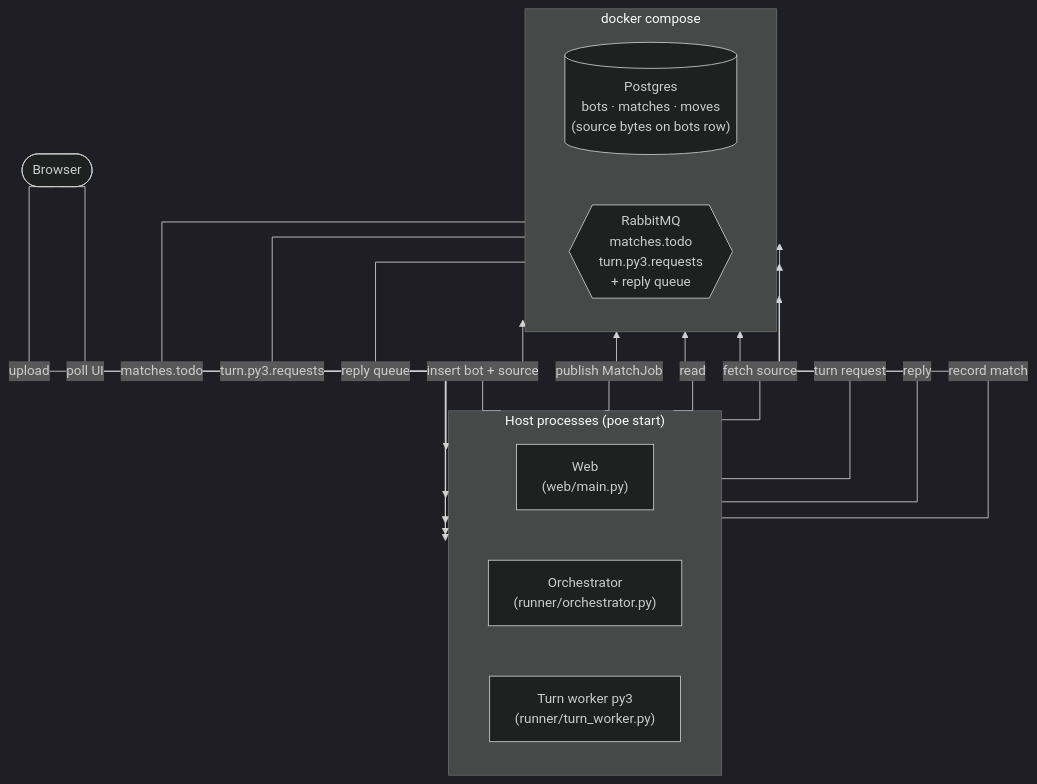
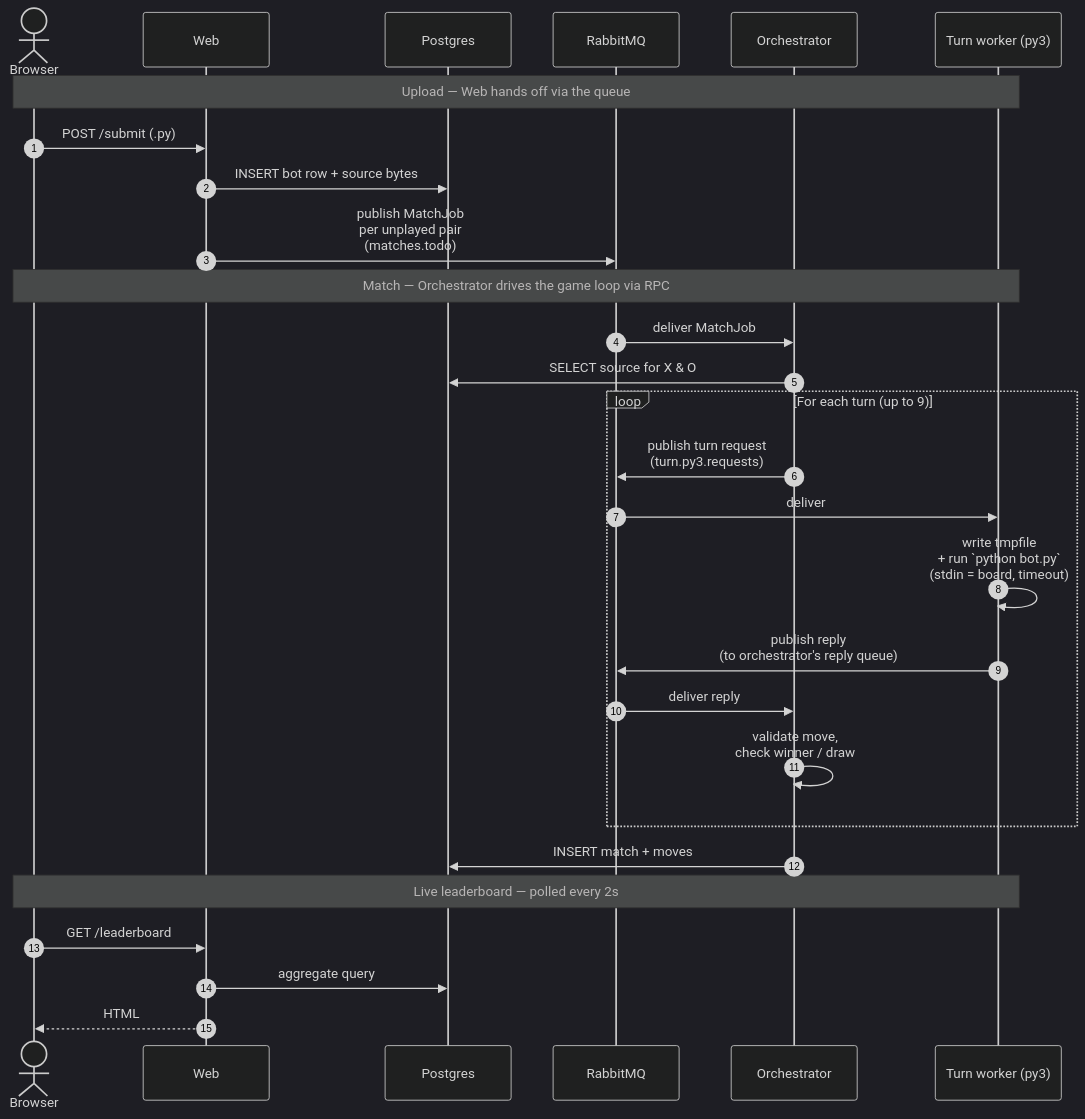
One commit to pyowa/june-2026-tictactoe-bots changed the diagram in README.md. Above: the diagram before and after it, drawn with Mermaid (dark theme). The commit also changed other lines of this file, not shown here.

Commit message:
update graph

````diff
--- a/README.md
+++ b/README.md
@@ -115,33 +119,35 @@
 ```mermaid
-%%{init: {'flowchart': {'curve': 'stepAfter', 'nodeSpacing': 60, 'rankSpacing': 70}}}%%
-flowchart TD
-    Browser([Browser])
+sequenceDiagram
+    autonumber
+    actor Browser
+    participant Web
+    participant DB as Postgres
+    participant RMQ as RabbitMQ
+    participant Orch as Orchestrator
+    participant Worker as Turn worker (py3)
 
-    subgraph host["Host processes (poe start)"]
-        direction LR
-        Web["Web<br/>(web/main.py)"]
-        Orch["Orchestrator<br/>(runner/orchestrator.py)"]
-        Worker["Turn worker py3<br/>(runner/turn_worker.py)"]
+    Note over Browser,Worker: Upload — Web hands off via the queue
+    Browser->>Web: POST /submit (.py)
+    Web->>DB: INSERT bot row + source bytes
+    Web->>RMQ: publish MatchJob<br/>per unplayed pair<br/>(matches.todo)
+
+    Note over Browser,Worker: Match — Orchestrator drives the game loop via RPC
+    RMQ->>Orch: deliver MatchJob
+    Orch->>DB: SELECT source for X & O
+
+    loop For each turn (up to 9)
+        Orch->>RMQ: publish turn request<br/>(turn.py3.requests)
+        RMQ->>Worker: deliver
+        Worker->>Worker: write tmpfile<br/>+ run `python bot.py`<br/>(stdin = board, timeout)
+        Worker->>RMQ: publish reply<br/>(to orchestrator's reply queue)
+        RMQ->>Orch: deliver reply
+        Orch->>Orch: validate move,<br/>check winner / draw
     end
 
-    subgraph compose["docker compose"]
-        direction LR
-        DB[("Postgres<br/>bots · matches · moves<br/>(source bytes on bots row)")]
-        RMQ{{"RabbitMQ<br/>matches.todo<br/>turn.py3.requests<br/>+ reply queue"}}
-    end
+    Orch->>DB: INSERT match + moves
 
-    Browser -- "upload" --> Web
-    Browser -- "poll UI" --> Web
-
-    Web -- "insert bot + source" --> DB
-    Web -- "publish MatchJob" --> RMQ
-    Web -- "read" --> DB
-
-    RMQ -- "matches.todo" --> Orch
-    Orch -- "fetch source" --> DB
-    Orch -- "turn request" --> RMQ
-    RMQ -- "turn.py3.requests" --> Worker
-    Worker -- "reply" --> RMQ
-    RMQ -- "reply queue" --> Orch
-    Orch -- "record match" --> DB
+    Note over Browser,Worker: Live leaderboard — polled every 2s
+    Browser->>Web: GET /leaderboard
+    Web->>DB: aggregate query
+    Web-->>Browser: HTML
 ```
````
